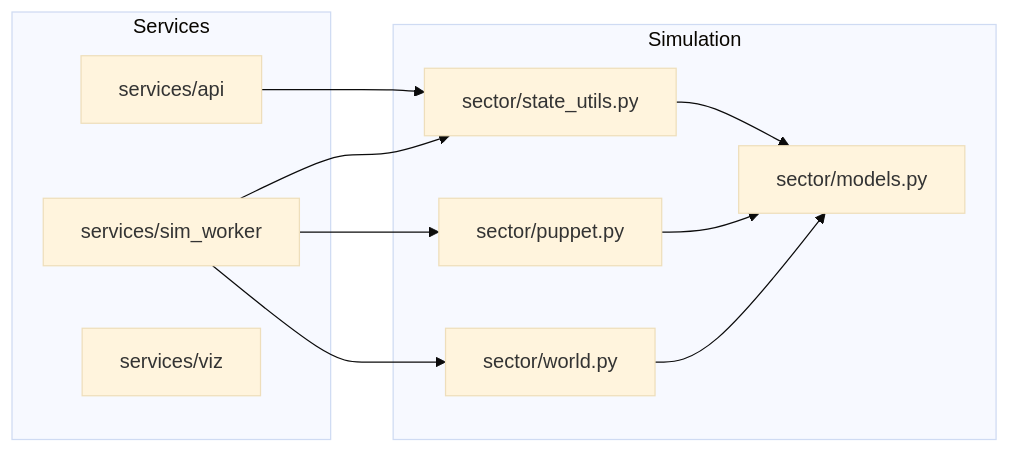
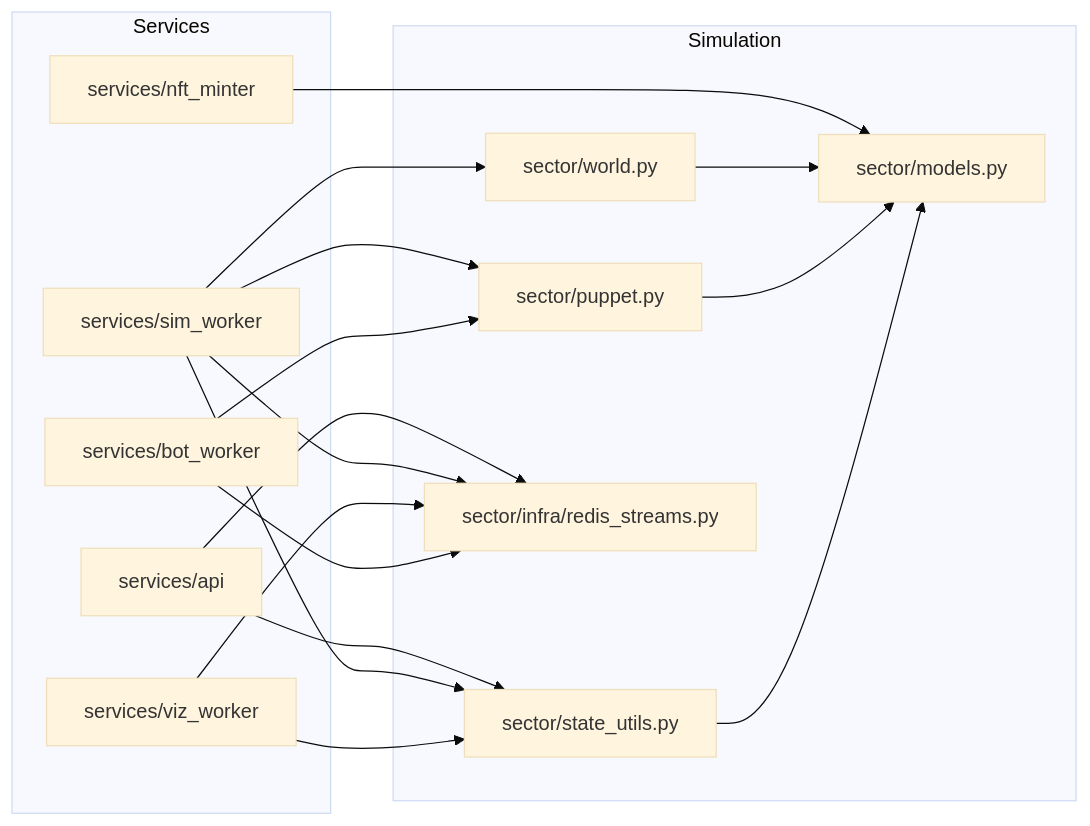
One commit to jseketa-fipu/sector changed the third of 3 diagrams in README.md. Above: the diagram before and after it, drawn with Mermaid (base theme). The commit also changed other lines of this file, not shown here.

````diff
--- a/README.md
+++ b/README.md
@@ -113,23 +166,33 @@
 ```mermaid
 flowchart LR
   subgraph Services
     API_CODE[services/api]
     WORKER_CODE[services/sim_worker]
-    VIZ_CODE[services/viz]
+    VIZ_CODE[services/viz_worker]
+    BOT_CODE[services/bot_worker]
+    MINTER_CODE[services/nft_minter]
   end
 
   subgraph Simulation
     WORLD[sector/world.py]
     PUPPET[sector/puppet.py]
     STATE[sector/state_utils.py]
     MODELS[sector/models.py]
+    STREAMS[sector/infra/redis_streams.py]
   end
 
   API_CODE --> STATE
+  API_CODE --> STREAMS
   WORKER_CODE --> WORLD
   WORKER_CODE --> PUPPET
   WORKER_CODE --> STATE
+  WORKER_CODE --> STREAMS
+  VIZ_CODE --> STATE
+  VIZ_CODE --> STREAMS
+  BOT_CODE --> PUPPET
+  BOT_CODE --> STREAMS
+  MINTER_CODE --> MODELS
   WORLD --> MODELS
   PUPPET --> MODELS
   STATE --> MODELS
 ```
````
